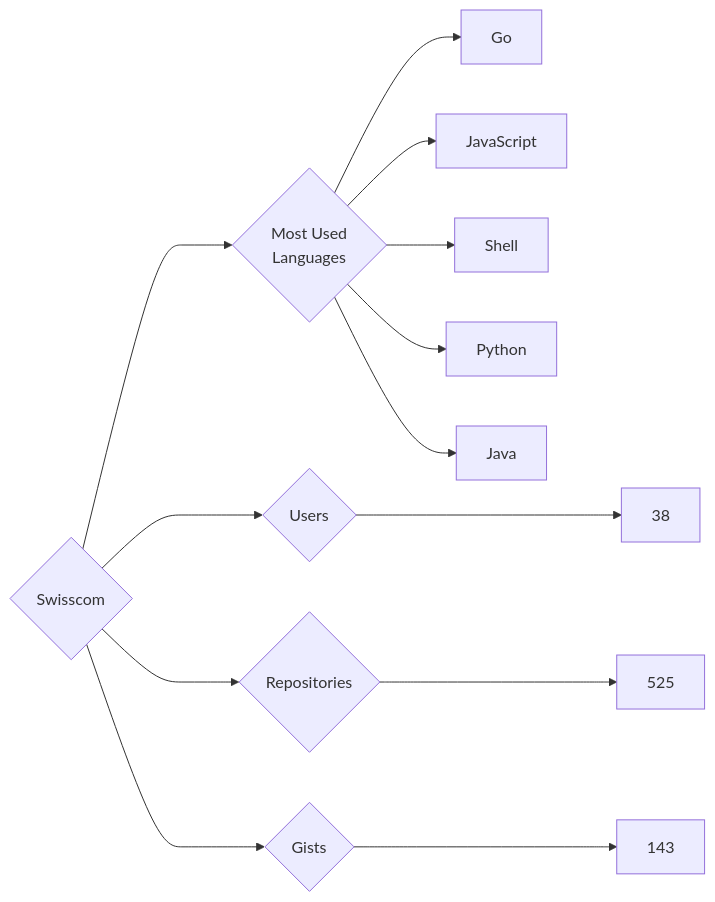
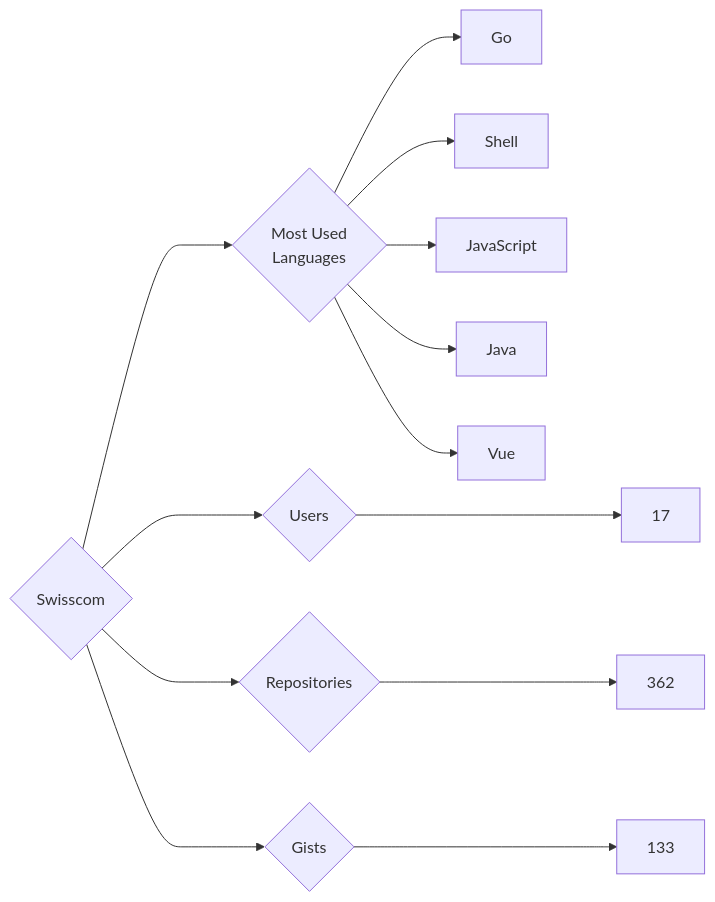
The diagram in targets/Swisscom/README.md (trickest/insiders), drawn with Mermaid before and after one commit. The commit also changed 833 other files, not shown here.

````diff
--- a/targets/Swisscom/README.md
+++ b/targets/Swisscom/README.md
@@ -3,13 +3,13 @@
 ```mermaid
 graph LR
 COMPANY_NAME{Swisscom}
-COMPANY_NAME ---> U{Users} ---> UN[38]
-COMPANY_NAME ---> R{Repositories} ---> RN[525]
-COMPANY_NAME ---> G{Gists} ---> GN[143]
+COMPANY_NAME ---> U{Users} ---> UN[17]
+COMPANY_NAME ---> R{Repositories} ---> RN[362]
+COMPANY_NAME ---> G{Gists} ---> GN[133]
 COMPANY_NAME ---> ML{Most Used<br>Languages}
 ML --> Go[Go]
+ML --> Shell[Shell]
 ML --> JavaScript[JavaScript]
-ML --> Shell[Shell]
-ML --> Python[Python]
 ML --> Java[Java]
+ML --> Vue[Vue]
 ```
````
